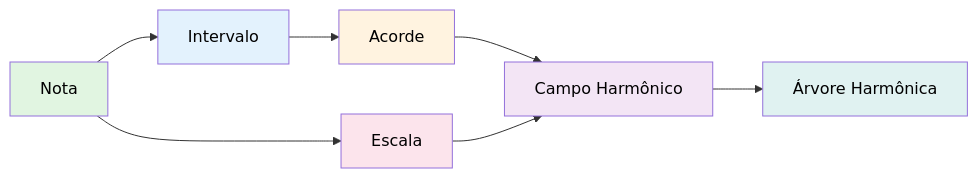
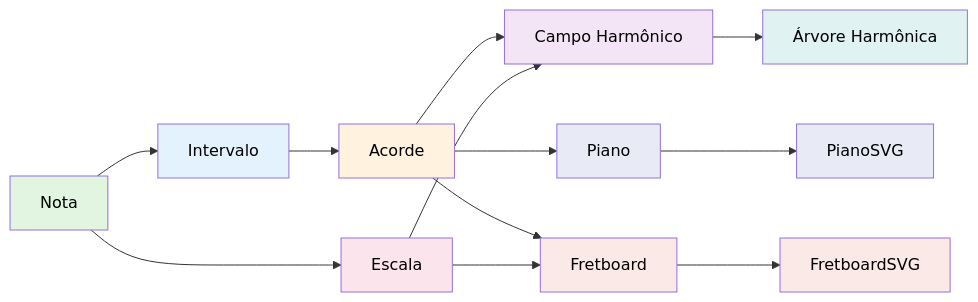
Before and after one commit to sauloverissimo/gingopy: the first of 7 diagrams in docs/index.md, drawn with Mermaid. The commit also changed other lines of this file and 8 other files, not shown here.

````diff
--- a/docs/index.md
+++ b/docs/index.md
@@ -13,16 +13,25 @@
 ```mermaid
 graph LR
     A[Nota] --> B[Intervalo]
     B --> C[Acorde]
     A --> D[Escala]
     C --> E[Campo Harmônico]
     D --> E
     E --> F[Árvore Harmônica]
+    C --> G[Piano]
+    C --> H[Fretboard]
+    D --> H
+    G --> I[PianoSVG]
+    H --> J[FretboardSVG]
 
     style A fill:#e1f5e1,color:#000
     style B fill:#e3f2fd,color:#000
     style C fill:#fff3e0,color:#000
     style D fill:#fce4ec,color:#000
     style E fill:#f3e5f5,color:#000
     style F fill:#e0f2f1,color:#000
+    style G fill:#e8eaf6,color:#000
+    style H fill:#fbe9e7,color:#000
+    style I fill:#e8eaf6,color:#000
+    style J fill:#fbe9e7,color:#000
 ```
````
